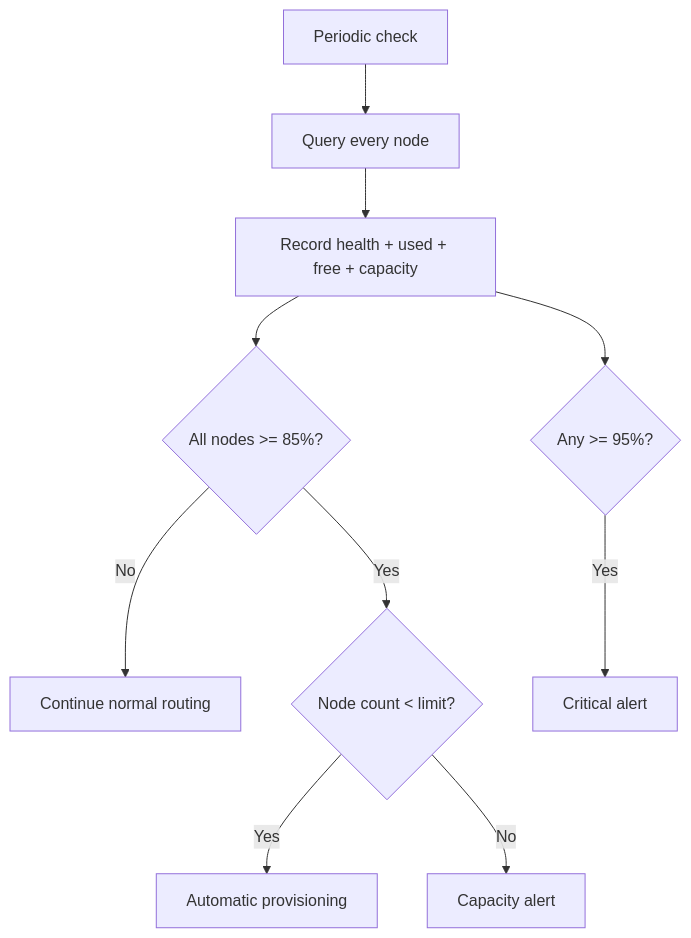
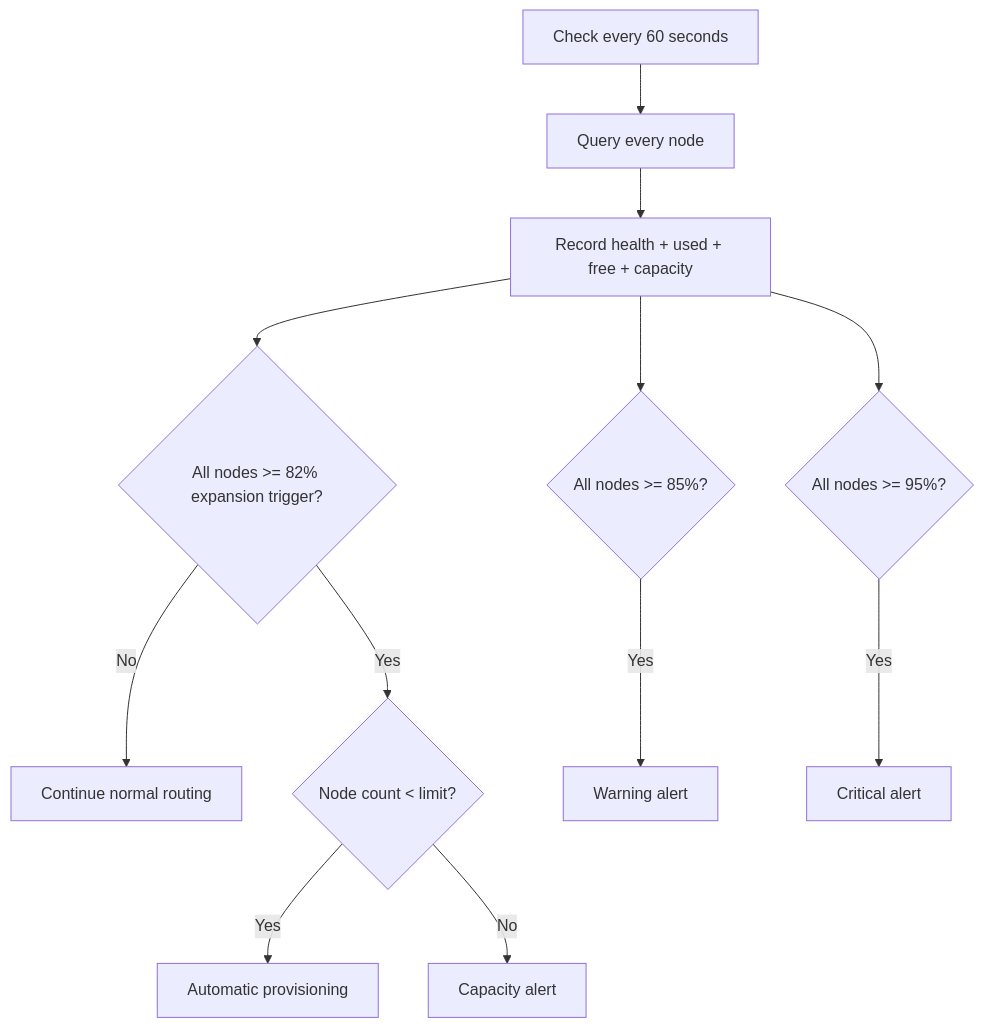
The third of 6 diagrams in storage-router/README.md (bowardzhang/immich), drawn with Mermaid before and after one commit. The commit also changed other lines of this file, not shown here.

Commit message:
docs(storage): document proactive expansion timing

````diff
--- a/storage-router/README.md
+++ b/storage-router/README.md
@@ -96,12 +96,14 @@
 ```mermaid
 flowchart TD
-    A[Periodic check] --> B[Query every node]
+    A[Check every 60 seconds] --> B[Query every node]
     B --> C[Record health + used + free + capacity]
-    C --> D{All nodes >= 85%?}
+    C --> D{All nodes >= 82% expansion trigger?}
     D -- No --> E[Continue normal routing]
     D -- Yes --> F{Node count < limit?}
     F -- Yes --> G[Automatic provisioning]
     F -- No --> H[Capacity alert]
-    C --> I{Any >= 95%?}
-    I -- Yes --> J[Critical alert]
+    C --> I{All nodes >= 85%?}
+    I -- Yes --> J[Warning alert]
+    C --> K{All nodes >= 95%?}
+    K -- Yes --> L[Critical alert]
 ```
````
